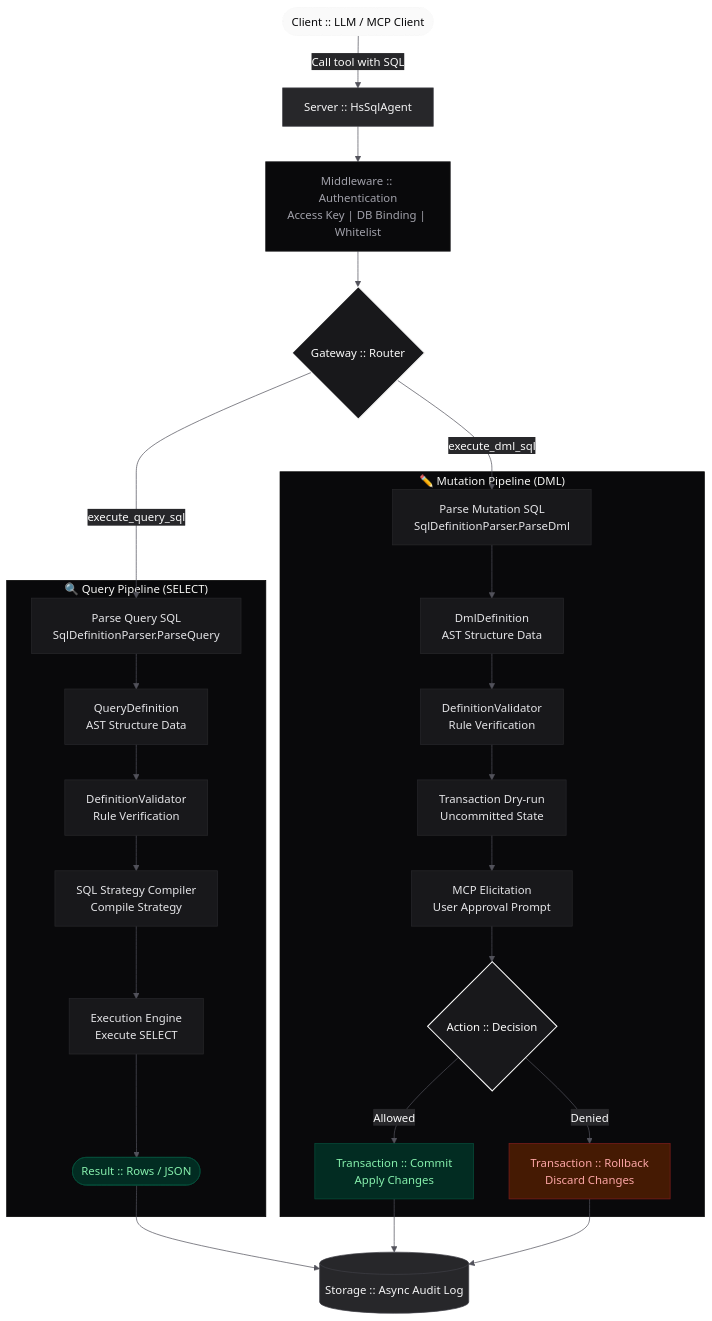
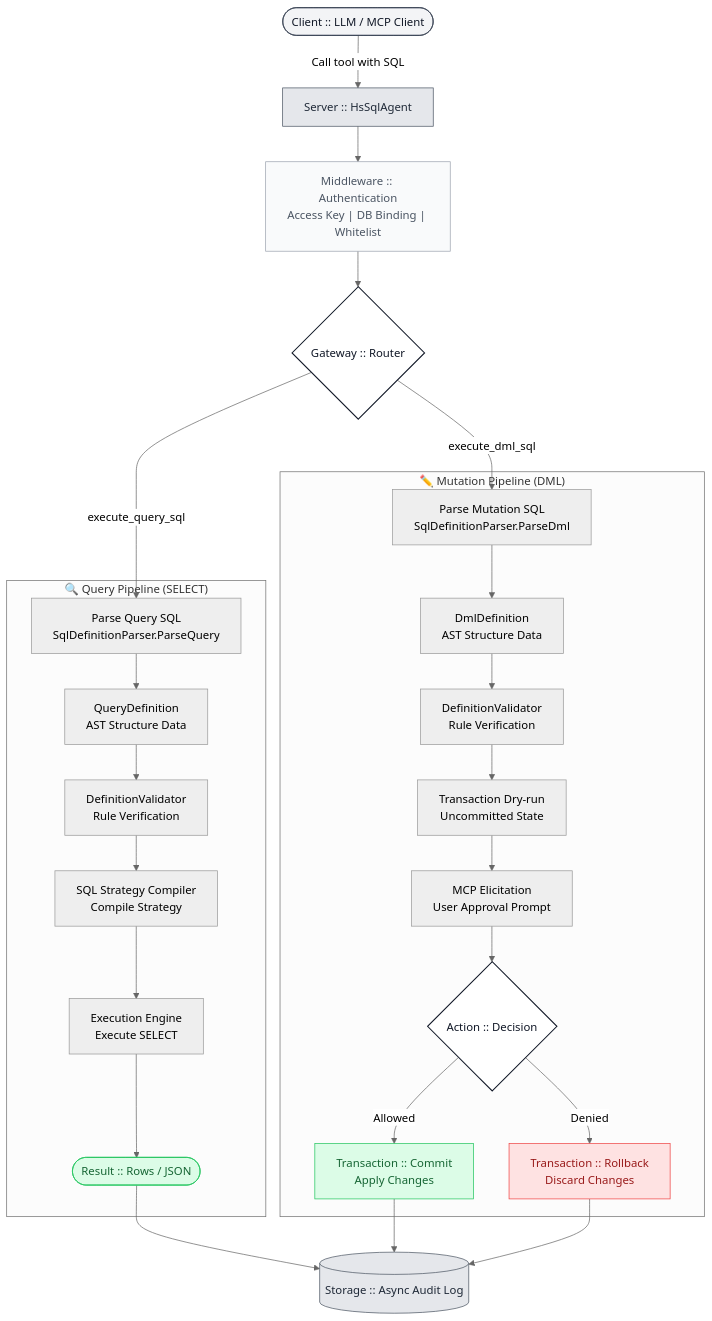
Before and after one commit to tse-wei-chen/hs-sql-agent: the diagram in README.md, drawn with Mermaid.

Commit message:
Update SQL Execution Flow diagram styles

````diff
--- a/README.md
+++ b/README.md
@@ -68,17 +68,5 @@
 ```mermaid
-%%{init: {
-  'theme': 'base',
-  'themeVariables': {
-    'primaryColor': '#18181B',
-    'primaryTextColor': '#FAFAFA',
-    'primaryBorderColor': '#27272A',
-    'lineColor': '#52525B',
-    'secondaryColor': '#27272A',
-    'tertiaryColor': '#09090B',
-    'mainBkg': '#09090B'
-  }
-}}%%
-
+%%{init: { 'theme': 'neutral' }}%%
 flowchart TD
     LLM(["Client :: LLM / MCP Client"])
     MCP["Server :: HsSqlAgent"]
@@ -96,7 +84,7 @@
         QBUILD["SQL Strategy Compiler<br/>Compile Strategy"]
         QEXEC["Execution Engine<br/>Execute SELECT"]
         QRESULT(["Result :: Rows / JSON"])
-        
+
         QPARSE --> QDEF
         QDEF --> QVALID
         QVALID --> QBUILD
@@ -113,34 +101,30 @@
         DECIDE{" Action :: Decision"}
         DEXEC["Transaction :: Commit<br/>Apply Changes"]
         DROLLBACK["Transaction :: Rollback<br/>Discard Changes"]
-        
+
         DPARSE --> DDEF
         DDEF --> DVALID
         DVALID --> DRYRUN
         DRYRUN --> ELICIT
         ELICIT --> DECIDE
-        
         DECIDE -->|Allowed| DEXEC
         DECIDE -->|Denied| DROLLBACK
     end
 
     ROUTE -->|execute_query_sql| QPARSE
     ROUTE -->|execute_dml_sql| DPARSE
+    AUDIT[("Storage :: Async Audit Log")]
 
-    AUDIT[("Storage :: Async Audit Log")]
-    
     QRESULT --> AUDIT
     DEXEC --> AUDIT
     DROLLBACK --> AUDIT
 
-    classDef default fill:#18181B,stroke:#27272A,stroke-width:1px,color:#E4E4E7;
-    classDef client fill:#FAFAFA,stroke:#FAFAFA,stroke-width:1px,color:#09090B;
-    classDef server fill:#27272A,stroke:#3F3F46,stroke-width:1px,color:#F4F4F5;
-    classDef auth fill:#09090B,stroke:#27272A,stroke-width:1px,color:#A1A1AA;
-    classDef cond fill:#18181B,stroke:#FAFAFA,stroke-width:1.5px,color:#FAFAFA;
-    
-    classDef danger fill:#451A03,stroke:#7F1D1D,stroke-width:1px,color:#FCA5A5;
-    classDef success fill:#022C22,stroke:#064E3B,stroke-width:1px,color:#86EFAC;
+    classDef client fill:#f3f4f6,stroke:#374151,stroke-width:1px,color:#111827;
+    classDef server fill:#e5e7eb,stroke:#4b5563,stroke-width:1px,color:#1f2937;
+    classDef auth fill:#f9fafb,stroke:#9ca3af,stroke-width:1px,color:#4b5563;
+    classDef cond fill:#ffffff,stroke:#111827,stroke-width:1.5px,color:#111827;
+    classDef danger fill:#fee2e2,stroke:#ef4444,stroke-width:1px,color:#991b1b;
+    classDef success fill:#dcfce7,stroke:#22c55e,stroke-width:1px,color:#166534;
 
     class LLM client;
     class MCP,AUDIT server;
````
